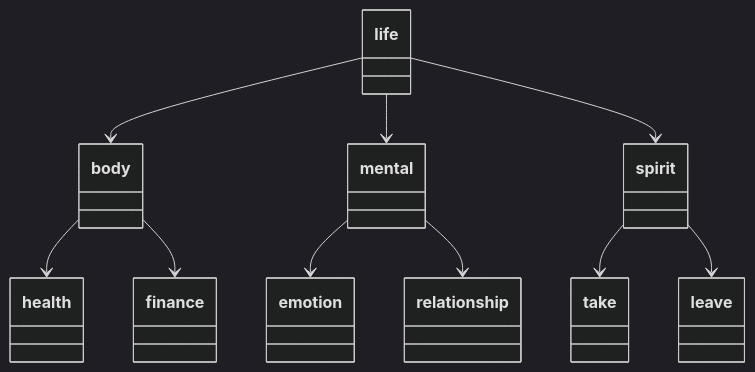
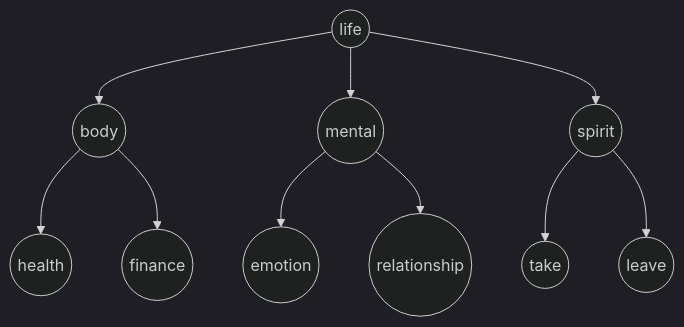
One commit to YCChenVictor/blog-frontend changed the diagram in _posts/life/self/1993-09-01-why.md. Above: the diagram before and after it, drawn with Mermaid (dark theme). The commit also changed other lines of this file and 6 other files, not shown here.

```diff
--- a/_posts/life/self/1993-09-01-why.md
+++ b/_posts/life/self/1993-09-01-why.md
@@ -22,15 +22,15 @@
 <div class="mermaid">
-classDiagram
-  life --> body
-  life --> mental
-  life --> spirit
+graph TD
+  id1((life)) --> id2((body))
+  id1((life)) --> id3((mental))
+  id1((life)) --> id4((spirit))
 
-  body --> health
-  body --> finance
+  id2((body)) --> id5((health))
+  id2((body)) --> id6((finance))
 
-  mental --> emotion
-  mental --> relationship
+  id3((mental)) --> id7((emotion))
+  id3((mental)) --> id8((relationship))
 
-  spirit --> take
-  spirit --> leave
+  id4((spirit)) --> id9((take))
+  id4((spirit)) --> id10((leave))
 </div>
```
